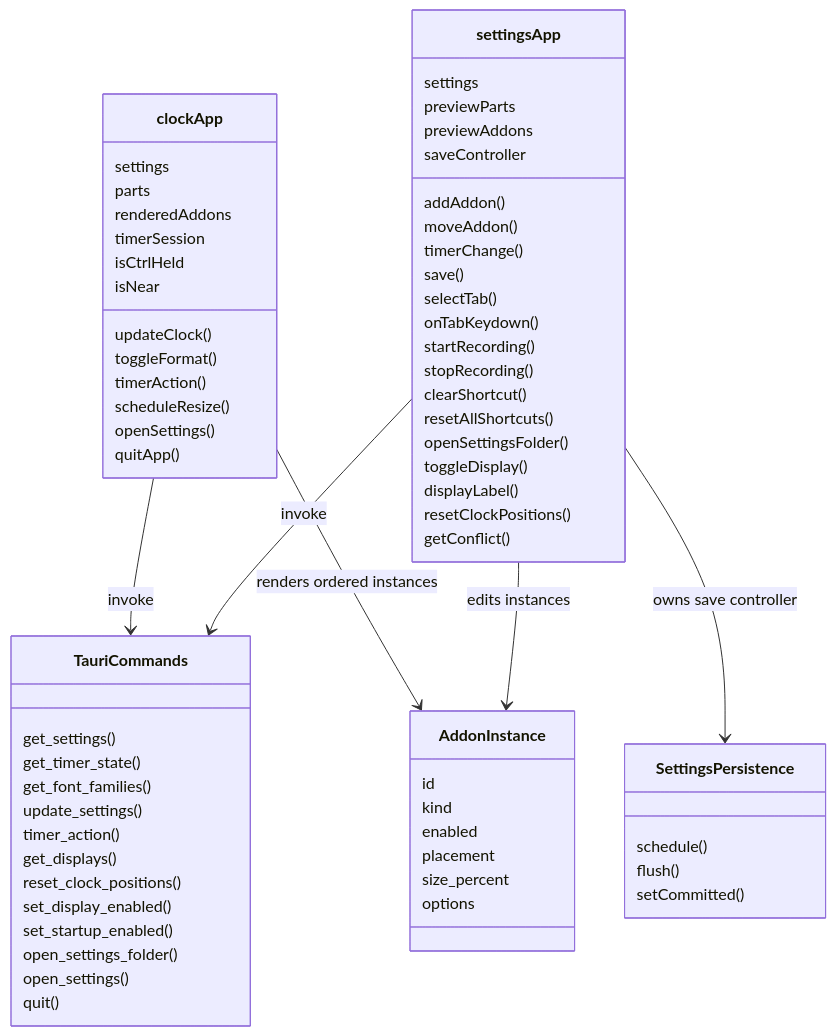
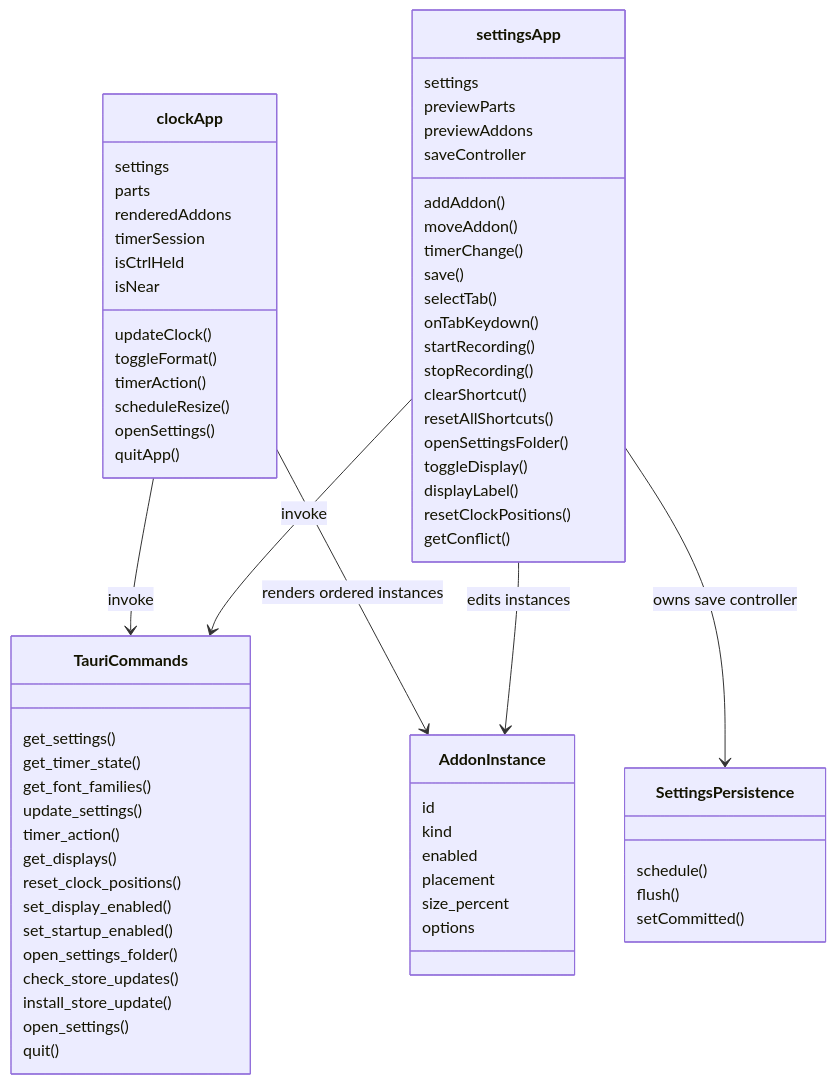
The third of 5 diagrams in src/doc/workflow_diagram.md (tbkmax/TopClock), drawn with Mermaid before and after one commit. The commit also changed other lines of this file and 21 other files, not shown here.

````diff
--- a/src/doc/workflow_diagram.md
+++ b/src/doc/workflow_diagram.md
@@ -31,70 +53,72 @@
 ```mermaid
 classDiagram
     class clockApp {
       settings
       parts
       renderedAddons
       timerSession
       isCtrlHeld
       isNear
       updateClock()
       toggleFormat()
       timerAction()
       scheduleResize()
       openSettings()
       quitApp()
     }
     class settingsApp {
       settings
       previewParts
       previewAddons
       saveController
       addAddon()
       moveAddon()
       timerChange()
       save()
       selectTab()
       onTabKeydown()
       startRecording()
       stopRecording()
       clearShortcut()
       resetAllShortcuts()
       openSettingsFolder()
       toggleDisplay()
       displayLabel()
       resetClockPositions()
       getConflict()
     }
     class SettingsPersistence {
       schedule()
       flush()
       setCommitted()
     }
     class TauriCommands {
       get_settings()
       get_timer_state()
       get_font_families()
       update_settings()
       timer_action()
       get_displays()
       reset_clock_positions()
       set_display_enabled()
       set_startup_enabled()
       open_settings_folder()
+      check_store_updates()
+      install_store_update()
       open_settings()
       quit()
     }
     clockApp --> TauriCommands : invoke
     settingsApp --> TauriCommands : invoke
     settingsApp --> SettingsPersistence : owns save controller
     class AddonInstance {
       id
       kind
       enabled
       placement
       size_percent
       options
     }
     clockApp --> AddonInstance : renders ordered instances
     settingsApp --> AddonInstance : edits instances
 ```
````
